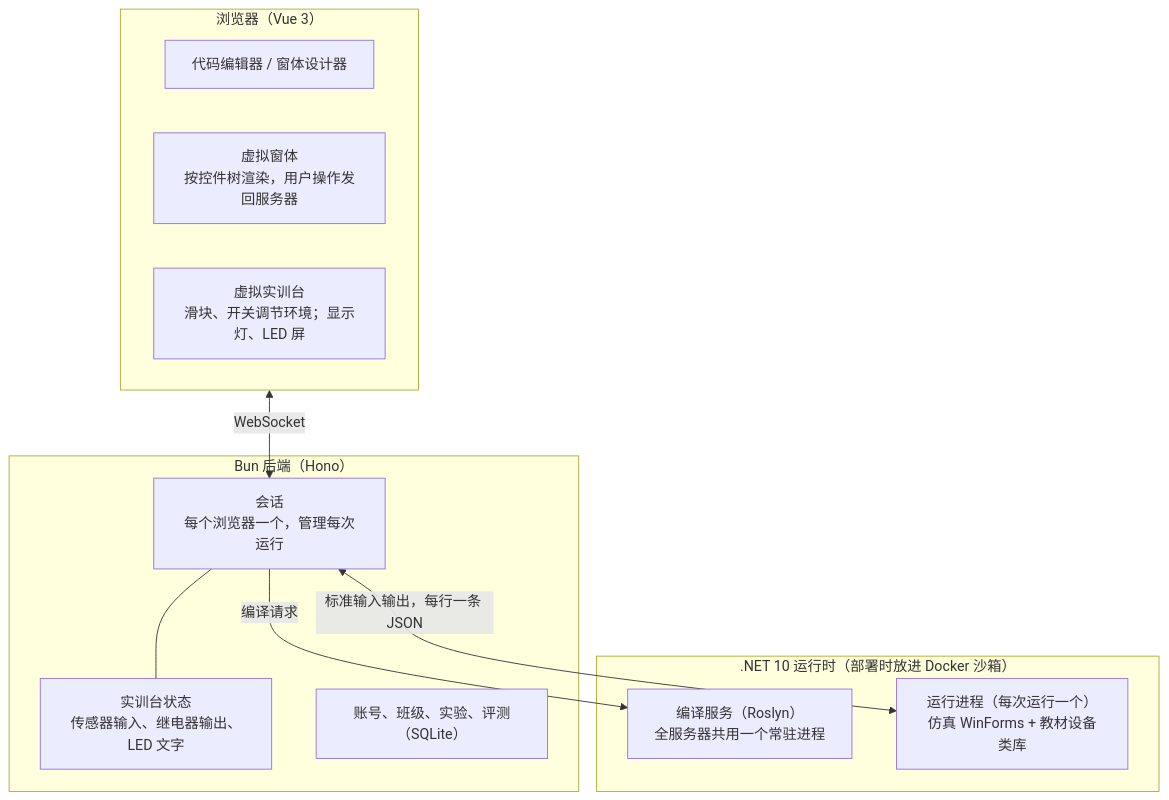
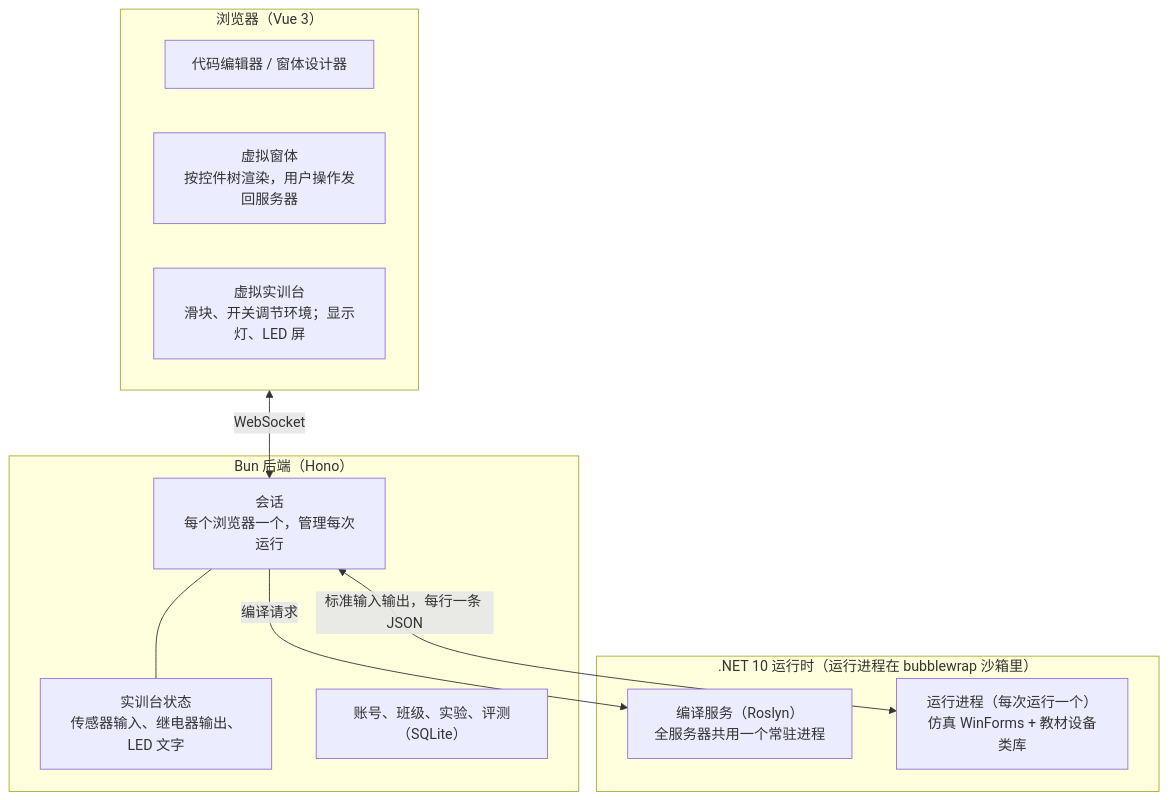
The first of 2 diagrams in docs/设计方案.md (yuetsh/IOT_SIM), drawn with Mermaid before and after one commit. The commit also changed other lines of this file and 24 other files, not shown here.

First line of the commit message:
部署：bubblewrap 沙箱、编译检查、访问口令、Docker Compose

````diff
--- a/docs/设计方案.md
+++ b/docs/设计方案.md
@@ -104,21 +104,21 @@
 ```mermaid
 flowchart TB
   subgraph Browser["浏览器（Vue 3）"]
     Editor["代码编辑器 / 窗体设计器"]
     Forms["虚拟窗体<br/>按控件树渲染，用户操作发回服务器"]
     Board["虚拟实训台<br/>滑块、开关调节环境；显示灯、LED 屏"]
   end
   subgraph Server["Bun 后端（Hono）"]
     Session["会话<br/>每个浏览器一个，管理每次运行"]
     BoardState["实训台状态<br/>传感器输入、继电器输出、LED 文字"]
     Data["账号、班级、实验、评测（SQLite）"]
   end
-  subgraph Runtime[".NET 10 运行时（部署时放进 Docker 沙箱）"]
+  subgraph Runtime[".NET 10 运行时（运行进程在 bubblewrap 沙箱里）"]
     Compiler["编译服务（Roslyn）<br/>全服务器共用一个常驻进程"]
     Runner["运行进程（每次运行一个）<br/>仿真 WinForms + 教材设备类库"]
   end
   Browser <-->|WebSocket| Session
   Session --- BoardState
   Session -->|编译请求| Compiler
   Session <-->|标准输入输出，每行一条 JSON| Runner
 ```
````
